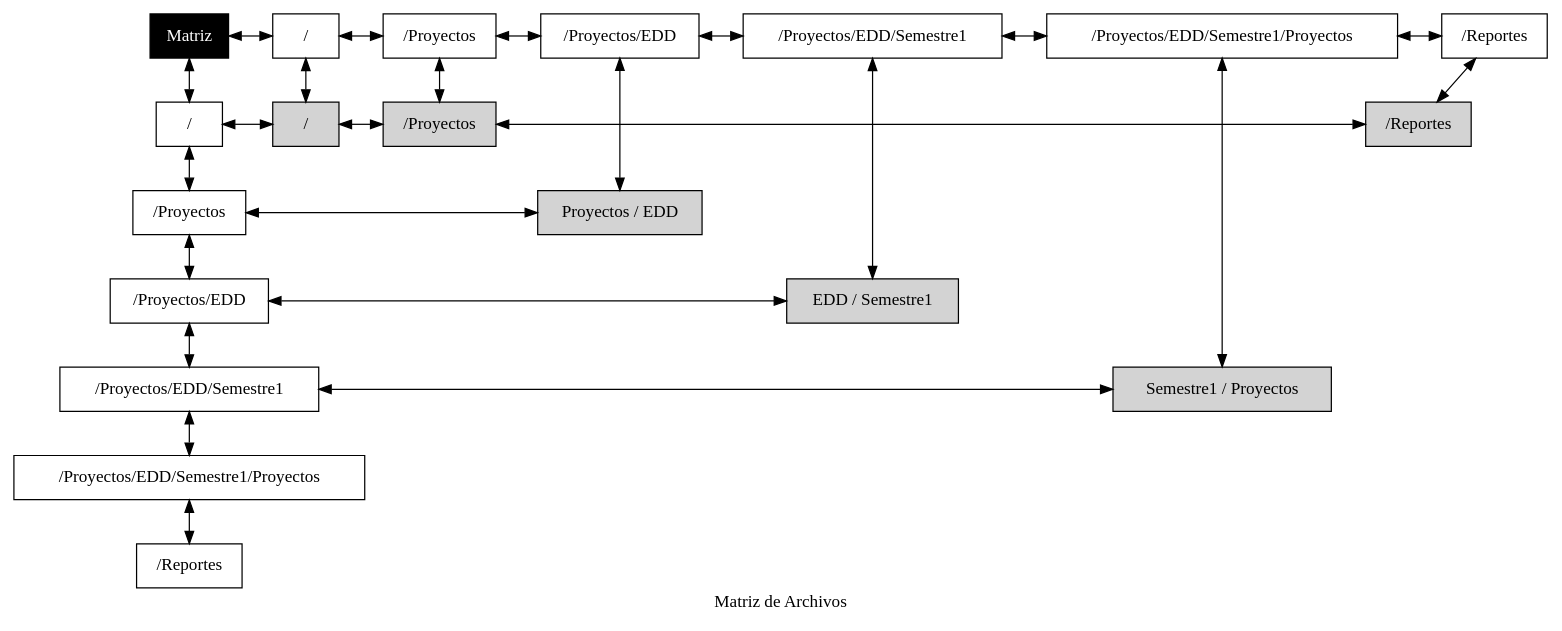
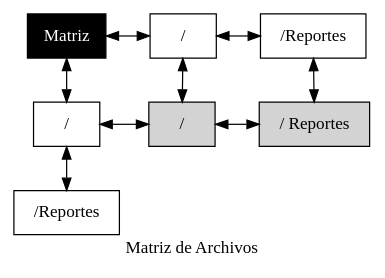
The diagram in Proyecto2_2/src/Reportes/matriz.dot (Douglas-Martinez/EDD_2S2019_PY2_201603168), drawn with Graphviz before and after one commit. The commit also changed 62 other files, not shown here.

```diff
--- a/Proyecto2_2/src/Reportes/matriz.dot
+++ b/Proyecto2_2/src/Reportes/matriz.dot
@@ -1,66 +1,34 @@
 digraph matriz {
 
 	rankdir = TB;
 
 	node[shape = rectangle];
 
 	graph[nodesep = 0.5];
 
 	0001000[label="Matriz", style="filled", fontcolor="white", color="black"];
 
-	802302183[label="/", style="solid"];
-	1623845845[label="/Proyectos", style="solid"];
-	350351882[label="/Proyectos/EDD", style="solid"];
-	348548156[label="/Proyectos/EDD/Semestre1", style="solid"];
-	720235347[label="/Proyectos/EDD/Semestre1/Proyectos", style="solid"];
-	89467544[label="/Reportes", style="solid"];
+	391928189[label="/", style="solid"];
+	323264235[label="/Reportes", style="solid"];
 
-	515893658[label="/", style="solid"];
-	960479741[label="/Proyectos", style="solid"];
-	2085421818[label="/Proyectos/EDD", style="solid"];
-	1348531713[label="/Proyectos/EDD/Semestre1", style="solid"];
-	829564590[label="/Proyectos/EDD/Semestre1/Proyectos", style="solid"];
-	1988442452[label="/Reportes", style="solid"];
+	323207068[label="/", style="solid"];
+	895232047[label="/Reportes", style="solid"];
 
-	1649127340[label="/", style="filled"];
-	894209306[label="/Proyectos", style="filled"];
-	363563595[label="/Reportes", style="filled"];
-	1245404723[label="Proyectos / EDD", style="filled"];
-	1966259735[label="EDD / Semestre1", style="filled"];
-	617077238[label="Semestre1 / Proyectos", style="filled"];
+	1086199880[label="/", style="filled"];
+	2000319858[label="/ Reportes", style="filled"];
 
-	0001000 -> 802302183[dir=both];
-	802302183 -> 1623845845[dir=both];
-	1623845845 -> 350351882[dir=both];
-	350351882 -> 348548156[dir=both];
-	348548156 -> 720235347[dir=both];
-	720235347 -> 89467544[dir=both];
+	0001000 -> 391928189[dir=both];
+	391928189 -> 323264235[dir=both];
 
-	0001000 -> 515893658[dir=both];
-	515893658 -> 960479741[dir=both];
-	960479741 -> 2085421818[dir=both];
-	2085421818 -> 1348531713[dir=both];
-	1348531713 -> 829564590[dir=both];
-	829564590 -> 1988442452[dir=both];
+	0001000 -> 323207068[dir=both];
+	323207068 -> 895232047[dir=both];
 
-	802302183 -> 1649127340[dir=both];
-	1623845845 -> 894209306[dir=both];
-	350351882 -> 1245404723[dir=both];
-	348548156 -> 1966259735[dir=both];
-	720235347 -> 617077238[dir=both];
-	89467544 -> 363563595[dir=both];
+	391928189 -> 1086199880[dir=both];
+	323264235 -> 2000319858[dir=both];
 
-	515893658 -> 1649127340[constraint=false, dir=both];
-	1649127340 -> 894209306[contraint=false, dir=both];
-	894209306 -> 363563595[contraint=false, dir=both];
-	960479741 -> 1245404723[constraint=false, dir=both];
-	2085421818 -> 1966259735[constraint=false, dir=both];
-	1348531713 -> 617077238[constraint=false, dir=both];
-	{ rank=same; 0001000; 802302183; 1623845845; 350351882; 348548156; 720235347; 89467544;  }
-	{ rank=same; 515893658; 1649127340; 894209306; 363563595; }
-	{ rank=same; 960479741; 1245404723; }
-	{ rank=same; 2085421818; 1966259735; }
-	{ rank=same; 1348531713; 617077238; }
-	{ rank=same; 829564590; }
-	{ rank=same; 1988442452; }
+	323207068 -> 1086199880[constraint=false, dir=both];
+	1086199880 -> 2000319858[contraint=false, dir=both];
+	{ rank=same; 0001000; 391928189; 323264235;  }
+	{ rank=same; 323207068; 1086199880; 2000319858; }
+	{ rank=same; 895232047; }
 	label = "Matriz de Archivos"}
```
